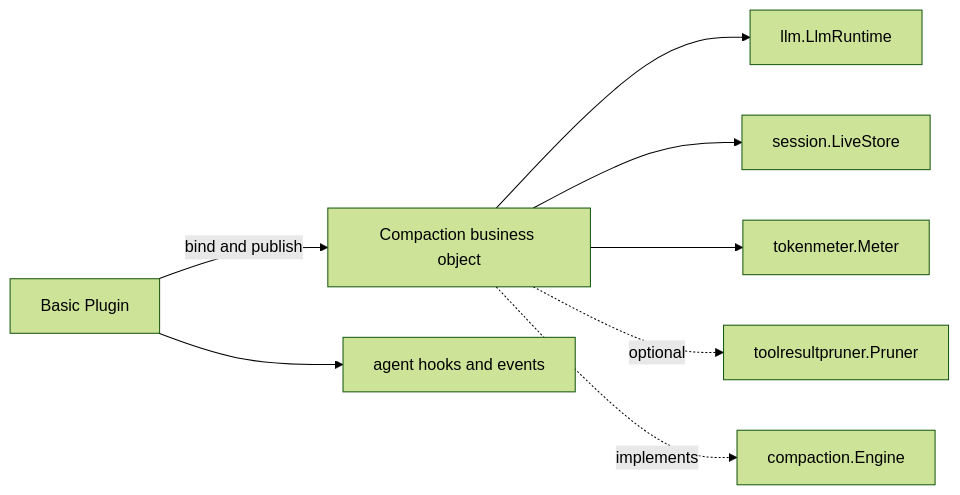
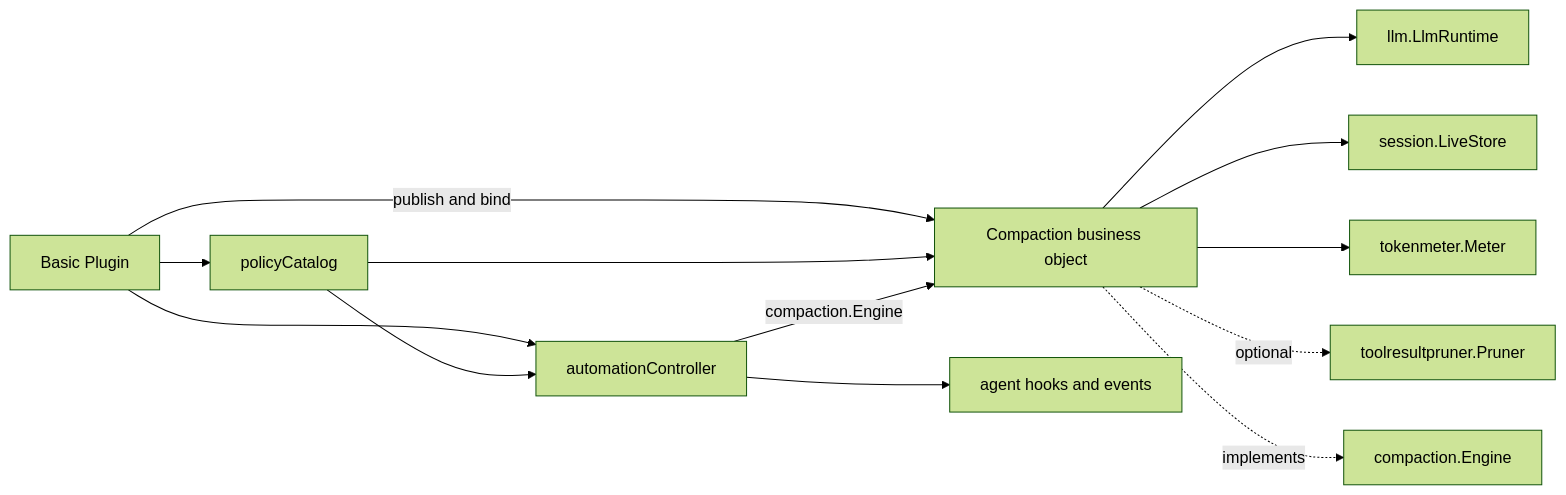
One commit to gorenx/goren changed the first of 2 diagrams in compaction/basic/README.zh-CN.md. Above: the diagram before and after it, drawn with Mermaid (forest theme). The commit also changed other lines of this file and 3 other files, not shown here.

````diff
--- a/compaction/basic/README.zh-CN.md
+++ b/compaction/basic/README.zh-CN.md
@@ -9,10 +9,15 @@
 ```mermaid
 flowchart LR
-    PLUGIN[Basic Plugin] -->|bind and publish| BASIC[Compaction business object]
-    PLUGIN --> AGENT[agent hooks and events]
+    PLUGIN[Basic Plugin] -->|publish and bind| BASIC[Compaction business object]
+    PLUGIN --> AUTO[automationController]
+    PLUGIN --> POLICY[policyCatalog]
+    POLICY --> AUTO
+    POLICY --> BASIC
+    AUTO -->|compaction.Engine| BASIC
+    AUTO --> AGENT[agent hooks and events]
     BASIC --> LLM[llm.LlmRuntime]
     BASIC --> STORE[session.LiveStore]
     BASIC --> METER[tokenmeter.Meter]
     BASIC -. optional .-> PRUNER[toolresultpruner.Pruner]
     BASIC -. implements .-> ENGINE[compaction.Engine]
 ```
````
